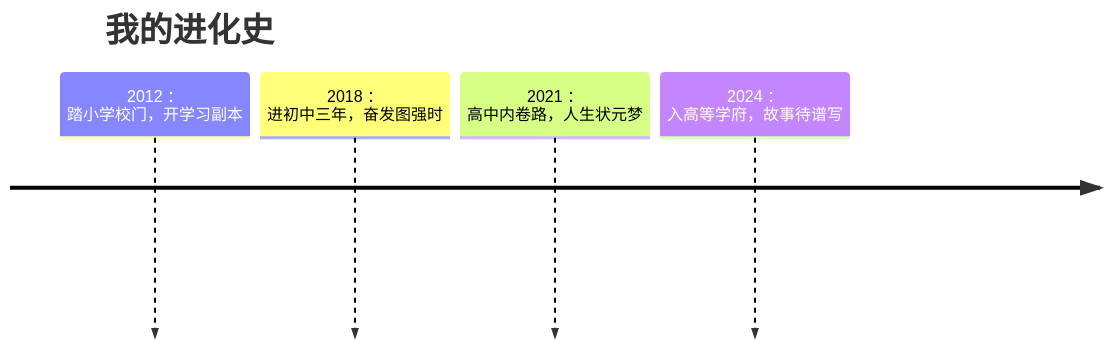
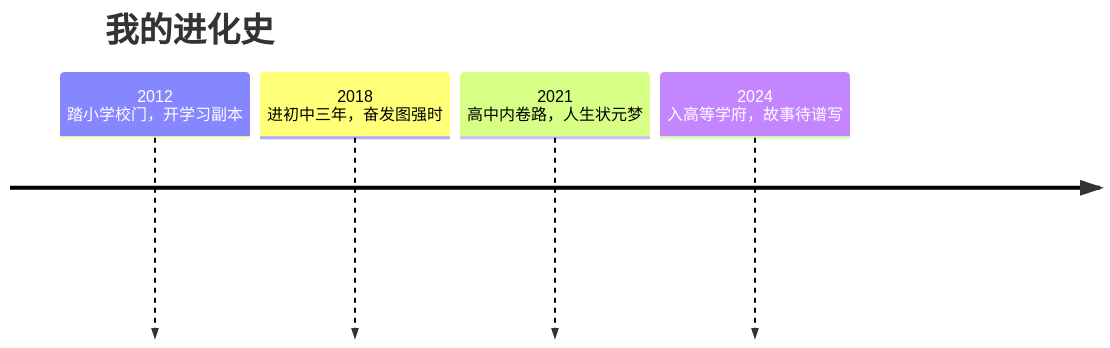
Before and after one commit to BAYUEQI/BAYUEQI: the diagram in README.md, drawn with Mermaid.

````diff
--- a/README.md
+++ b/README.md
@@ -19,8 +19,8 @@
 ```mermaid
 timeline
     title 我的进化史
-    2012 ： 踏小学校门，开学习副本
-    2018 ： 进初中三年，奋发图强时
-    2021 ： 高中内卷路，人生状元梦
-    2024 ： 入高等学府，故事待谱写
+    2012  踏小学校门，开学习副本
+    2018  进初中三年，奋发图强时
+    2021  高中内卷路，人生状元梦
+    2024  入高等学府，故事待谱写
 ```
````
